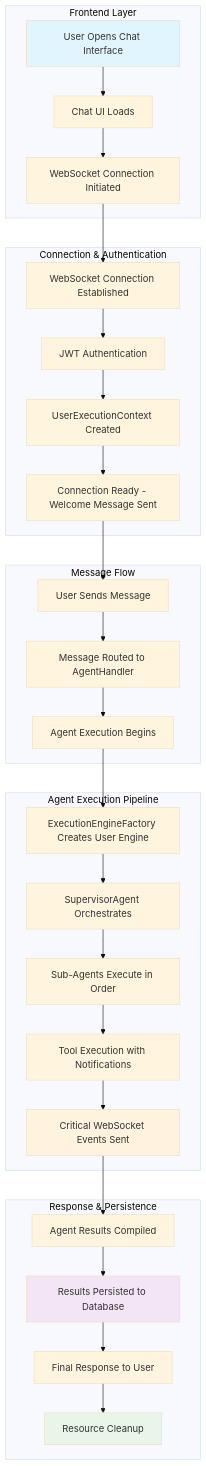
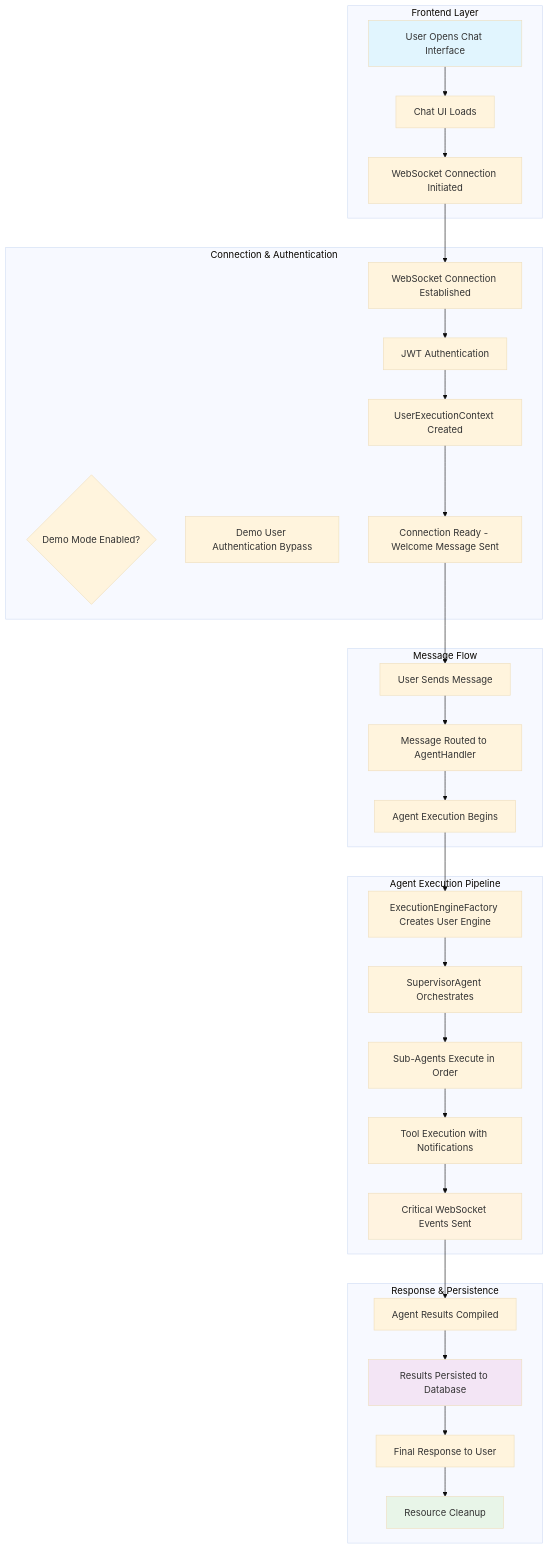
The first of 24 diagrams in docs/GOLDEN_PATH_USER_FLOW_COMPLETE.md (netra-systems/zen), drawn with Mermaid (base theme) before and after one commit. The commit also changed other lines of this file and 9 other files, not shown here.

````diff
--- a/docs/GOLDEN_PATH_USER_FLOW_COMPLETE.md
+++ b/docs/GOLDEN_PATH_USER_FLOW_COMPLETE.md
@@ -27,60 +29,62 @@
 ```mermaid
 flowchart TD
     subgraph "Frontend Layer"
         U[User Opens Chat Interface]
         UI[Chat UI Loads]
         WS_INIT[WebSocket Connection Initiated]
     end
     
     subgraph "Connection & Authentication"
         WS_CONNECT[WebSocket Connection Established]
+        DEMO_CHECK{Demo Mode Enabled?}
         JWT_AUTH[JWT Authentication]
+        DEMO_AUTH[Demo User Authentication Bypass]
         USER_CTX[UserExecutionContext Created]
         WS_READY[Connection Ready - Welcome Message Sent]
     end
     
     subgraph "Message Flow"
         USER_MSG[User Sends Message]
         MSG_ROUTE[Message Routed to AgentHandler]
         AGENT_START[Agent Execution Begins]
     end
     
     subgraph "Agent Execution Pipeline"
         FACTORY[ExecutionEngineFactory Creates User Engine]
         SUPERVISOR[SupervisorAgent Orchestrates]
         SUB_AGENTS[Sub-Agents Execute in Order]
         TOOLS[Tool Execution with Notifications]
         WEBSOCKET_EVENTS[Critical WebSocket Events Sent]
     end
     
     subgraph "Response & Persistence"
         RESULTS[Agent Results Compiled]
         PERSIST[Results Persisted to Database]
         FINAL_MSG[Final Response to User]
         CLEANUP[Resource Cleanup]
     end
     
     U --> UI
     UI --> WS_INIT
     WS_INIT --> WS_CONNECT
     WS_CONNECT --> JWT_AUTH
     JWT_AUTH --> USER_CTX
     USER_CTX --> WS_READY
     WS_READY --> USER_MSG
     USER_MSG --> MSG_ROUTE
     MSG_ROUTE --> AGENT_START
     AGENT_START --> FACTORY
     FACTORY --> SUPERVISOR
     SUPERVISOR --> SUB_AGENTS
     SUB_AGENTS --> TOOLS
     TOOLS --> WEBSOCKET_EVENTS
     WEBSOCKET_EVENTS --> RESULTS
     RESULTS --> PERSIST
     PERSIST --> FINAL_MSG
     FINAL_MSG --> CLEANUP
     
     style U fill:#e1f5fe
     style WEBSOCKET_EVENTS fill:#fff3e0
     style PERSIST fill:#f3e5f5
     style CLEANUP fill:#e8f5e8
 ```
````
